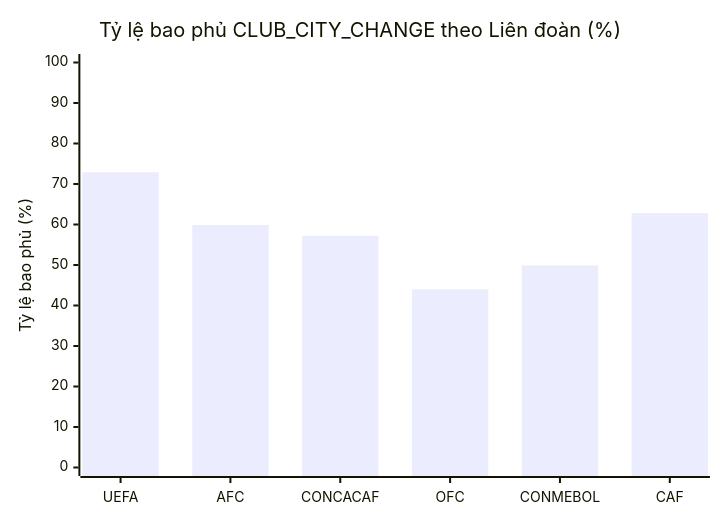
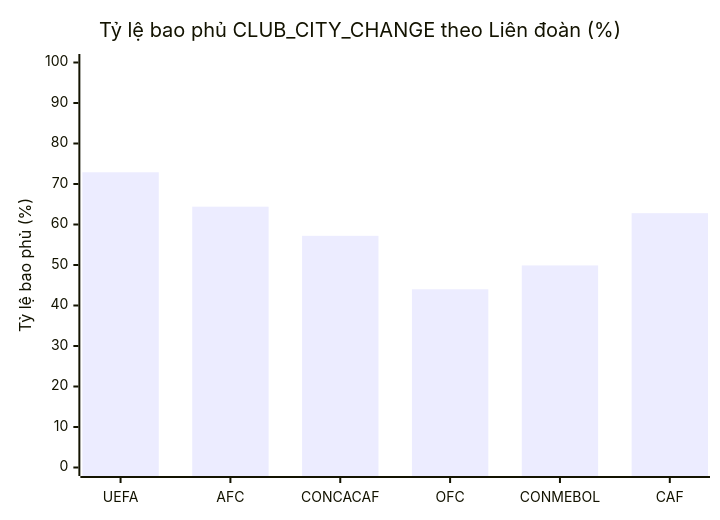
The diagram in CHECKLIST.md (ddthumonky88/fm24-lnc), drawn with Mermaid before and after one commit. The commit also changed other lines of this file and 1 other file, not shown here.

````diff
--- a/CHECKLIST.md
+++ b/CHECKLIST.md
@@ -14,7 +14,7 @@
 ```mermaid
 xychart-beta
     title "Tỷ lệ bao phủ CLUB_CITY_CHANGE theo Liên đoàn (%)"
     x-axis ["UEFA", "AFC", "CONCACAF", "OFC", "CONMEBOL", "CAF"]
     y-axis "Tỷ lệ bao phủ (%)" 0 --> 100
-    bar [72.9, 59.9, 57.2, 44.0, 49.9, 62.8]
+    bar [72.9, 64.4, 57.2, 44.0, 49.9, 62.8]
 ```
````
